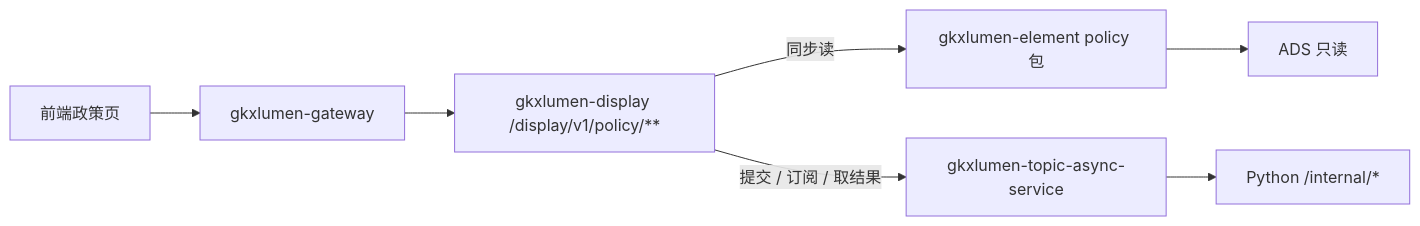
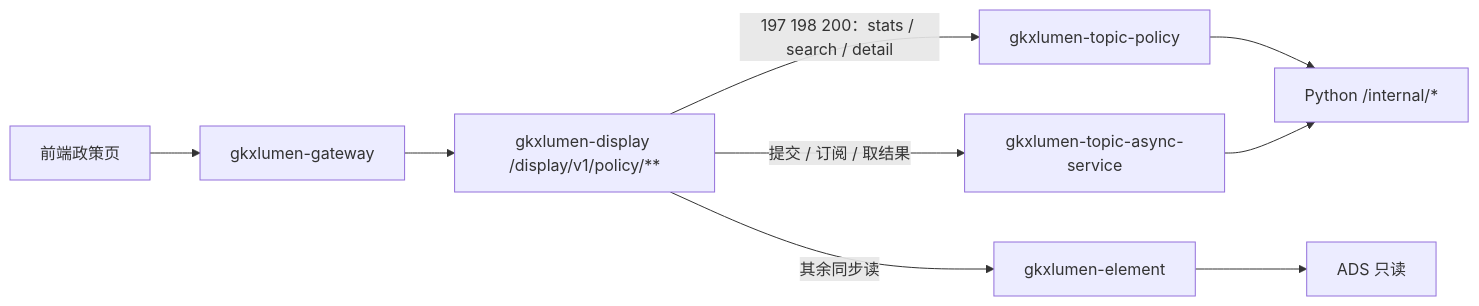
The diagram in agent-delivery/agent-handoffs/科技政策跟踪-POL/sdd/调用链与边界.md (Marisolebxf/-), drawn with Mermaid before and after one commit. The commit also changed other lines of this file and 4 other files, not shown here.

First line of the commit message:
docs(policy): 签收多维检索查询架构 [agent:architect-agent]

````diff
--- a/agent-delivery/agent-handoffs/科技政策跟踪-POL/sdd/调用链与边界.md
+++ b/agent-delivery/agent-handoffs/科技政策跟踪-POL/sdd/调用链与边界.md
@@ -16,13 +16,15 @@
 ```mermaid
 flowchart LR
   fe["前端政策页"]
   gw["gkxlumen-gateway"]
   bff["gkxlumen-display /display/v1/policy/**"]
-  el["gkxlumen-element policy 包"]
+  tp["gkxlumen-topic-policy"]
+  el["gkxlumen-element"]
   ads["ADS 只读"]
   async["gkxlumen-topic-async-service"]
   py["Python /internal/*"]
   fe --> gw --> bff
-  bff -->|"同步读"| el --> ads
+  bff -->|"197 198 200：stats / search / detail"| tp --> py
+  bff -->|"其余同步读"| el --> ads
   bff -->|"提交 / 订阅 / 取结果"| async --> py
 ```
````
